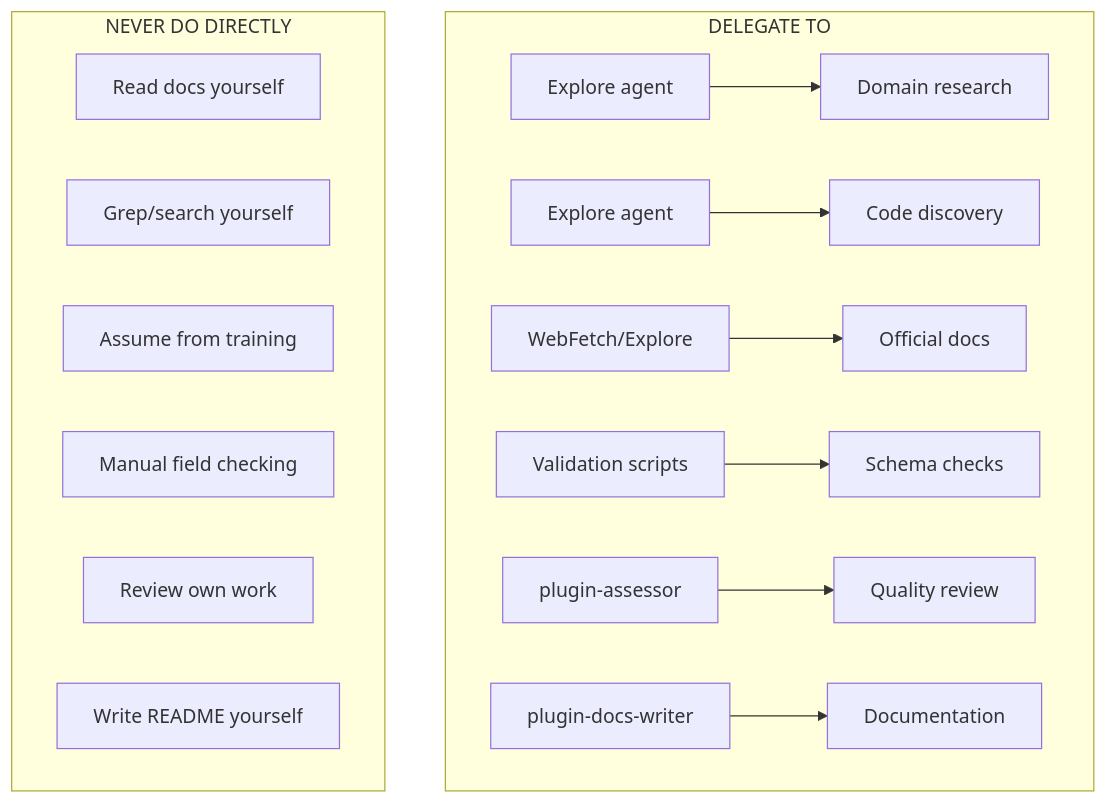
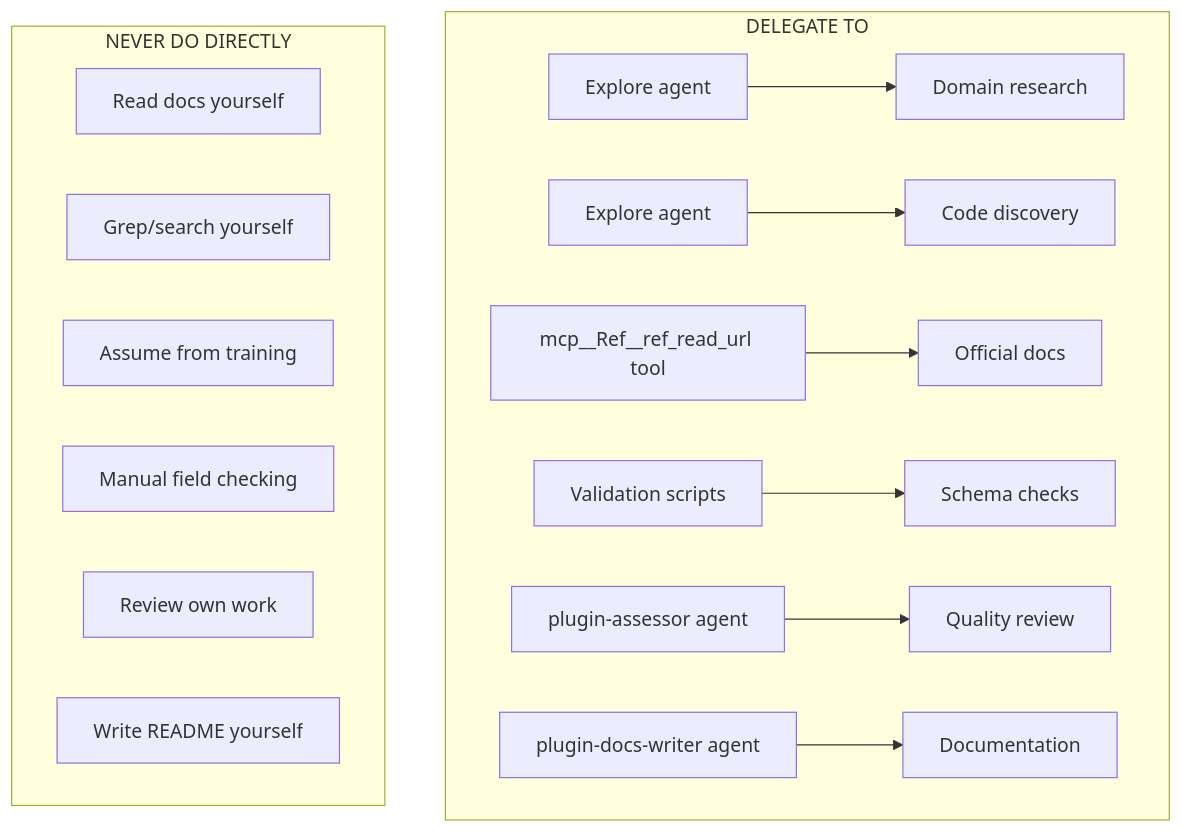
The tenth of 11 diagrams in plugins/plugin-creator/skills/plugin-creator/references/workflow-diagram.md (chgreer1070/claude_skills), drawn with Mermaid before and after one commit. The commit also changed other lines of this file and 52 other files, not shown here.

First line of the commit message:
refactor(plugin-creator): update skills and documentation for improved clarity and functionality

````diff
--- a/plugins/plugin-creator/skills/plugin-creator/references/workflow-diagram.md
+++ b/plugins/plugin-creator/skills/plugin-creator/references/workflow-diagram.md
@@ -219,20 +219,20 @@
 ```mermaid
 flowchart TD
     subgraph "DELEGATE TO"
         A1[Explore agent] --> A1T[Domain research]
         A2[Explore agent] --> A2T[Code discovery]
-        A3[WebFetch/Explore] --> A3T[Official docs]
+        A3[mcp__Ref__ref_read_url tool] --> A3T[Official docs]
         A4[Validation scripts] --> A4T[Schema checks]
-        A5[plugin-assessor] --> A5T[Quality review]
-        A6[plugin-docs-writer] --> A6T[Documentation]
+        A5[plugin-assessor agent] --> A5T[Quality review]
+        A6[plugin-docs-writer agent] --> A6T[Documentation]
     end
 
     subgraph "NEVER DO DIRECTLY"
         B1[Read docs yourself]
         B2[Grep/search yourself]
         B3[Assume from training]
         B4[Manual field checking]
         B5[Review own work]
         B6[Write README yourself]
     end
 ```
````
